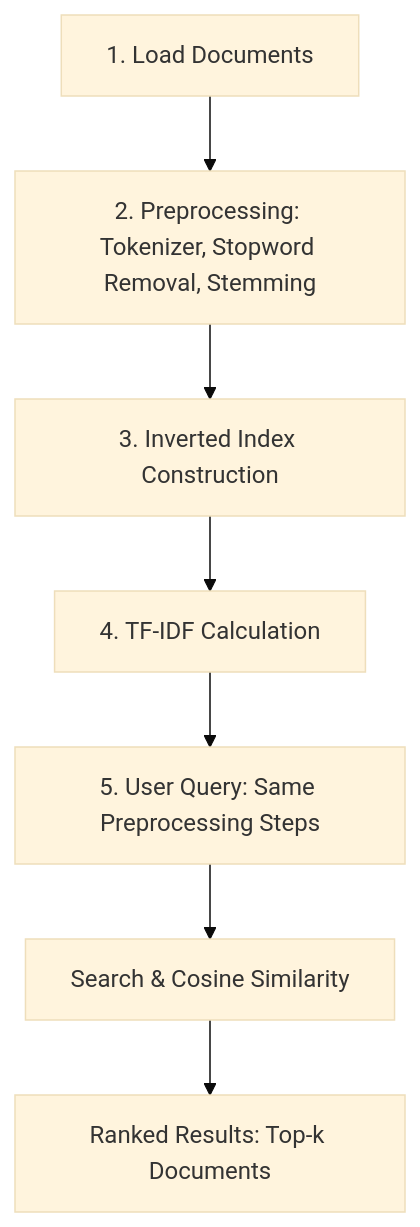
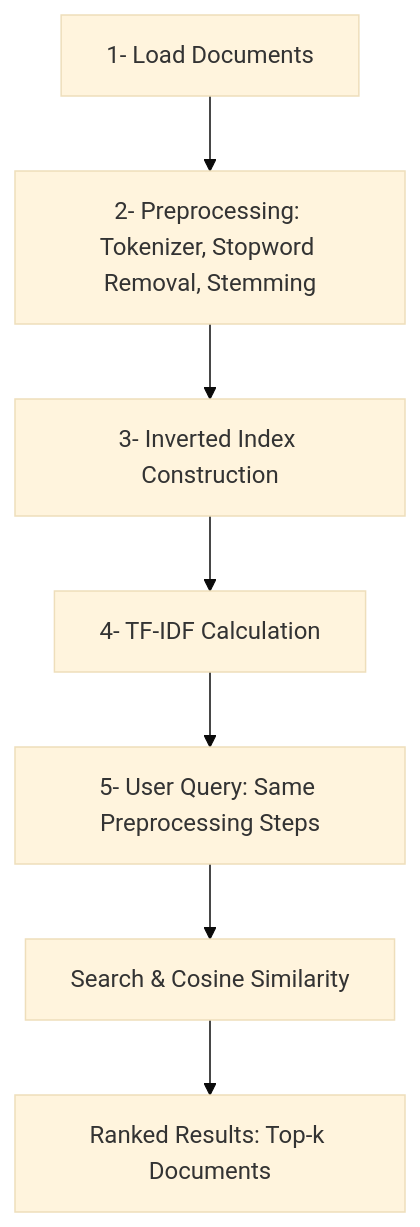
Before and after one commit to henihaddad/Vectorized-Information-Retrieval: the diagram in readme.md, drawn with Mermaid (base theme).

Commit message:
fix: readme removed points

````diff
--- a/readme.md
+++ b/readme.md
@@ -33,11 +33,10 @@
 ```mermaid
 flowchart TB
-    A[1. Load Documents] --> B[2. Preprocessing: Tokenizer, Stopword Removal, Stemming]
-    B --> C[3. Inverted Index Construction]
-    C --> D[4. TF-IDF Calculation]
-    D --> E[5. User Query: Same Preprocessing Steps]
+    A[1- Load Documents] --> B[2- Preprocessing: Tokenizer, Stopword Removal, Stemming]
+    B --> C[3- Inverted Index Construction]
+    C --> D[4- TF-IDF Calculation]
+    D --> E[5- User Query: Same Preprocessing Steps]
     E --> F[Search & Cosine Similarity]
     F --> G[Ranked Results: Top-k Documents]
 
-
 ```
````
